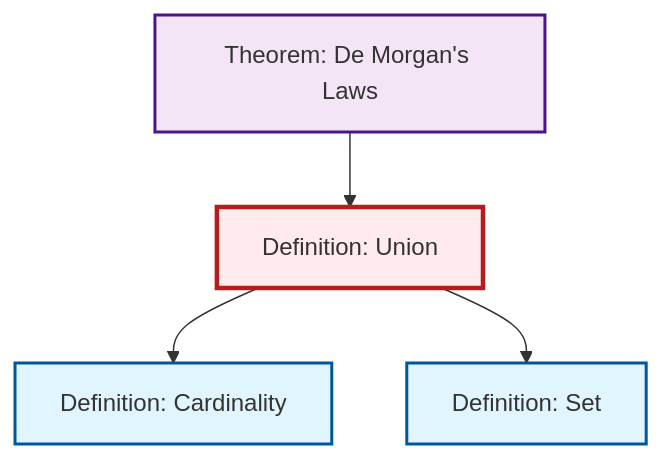
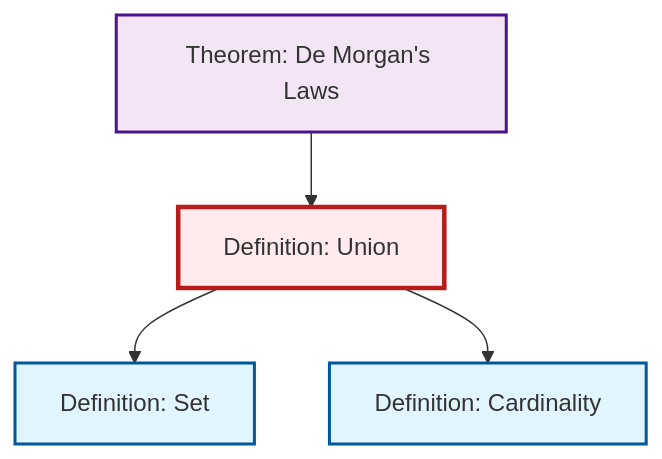
The diagram in content/ja/logic-set-theory/def-union.qmd (RK0429/ModernMath), drawn with Mermaid before and after one commit. The commit also changed other lines of this file and 654 other files, not shown here.

````diff
--- a/content/ja/logic-set-theory/def-union.qmd
+++ b/content/ja/logic-set-theory/def-union.qmd
@@ -55,20 +55,20 @@
 ```{mermaid}
 %%| fig-cap: "Local dependency graph"
 graph TD
     classDef definition fill:#e1f5fe,stroke:#01579b,stroke-width:2px
     classDef theorem fill:#f3e5f5,stroke:#4a148c,stroke-width:2px
     classDef axiom fill:#fff3e0,stroke:#e65100,stroke-width:2px
     classDef example fill:#e8f5e9,stroke:#1b5e20,stroke-width:2px
     classDef current fill:#ffebee,stroke:#b71c1c,stroke-width:3px
+    def-set["Definition: Set"]:::definition
+    def-union["Definition: Union"]:::definition
+    def-cardinality["Definition: Cardinality"]:::definition
     thm-de-morgan["Theorem: De Morgan's Laws"]:::theorem
-    def-set["Definition: Set"]:::definition
-    def-cardinality["Definition: Cardinality"]:::definition
-    def-union["Definition: Union"]:::definition
-    def-union --> def-cardinality
     def-union --> def-set
     thm-de-morgan --> def-union
+    def-union --> def-cardinality
     class def-union current
-    click thm-de-morgan "thm-de-morgan.html" "Theorem: De Morgan's Lawsへ"
     click def-set "def-set.html" "Definition: Setへ"
     click def-cardinality "def-cardinality.html" "Definition: Cardinalityへ"
+    click thm-de-morgan "thm-de-morgan.html" "Theorem: De Morgan's Lawsへ"
 ```
````
